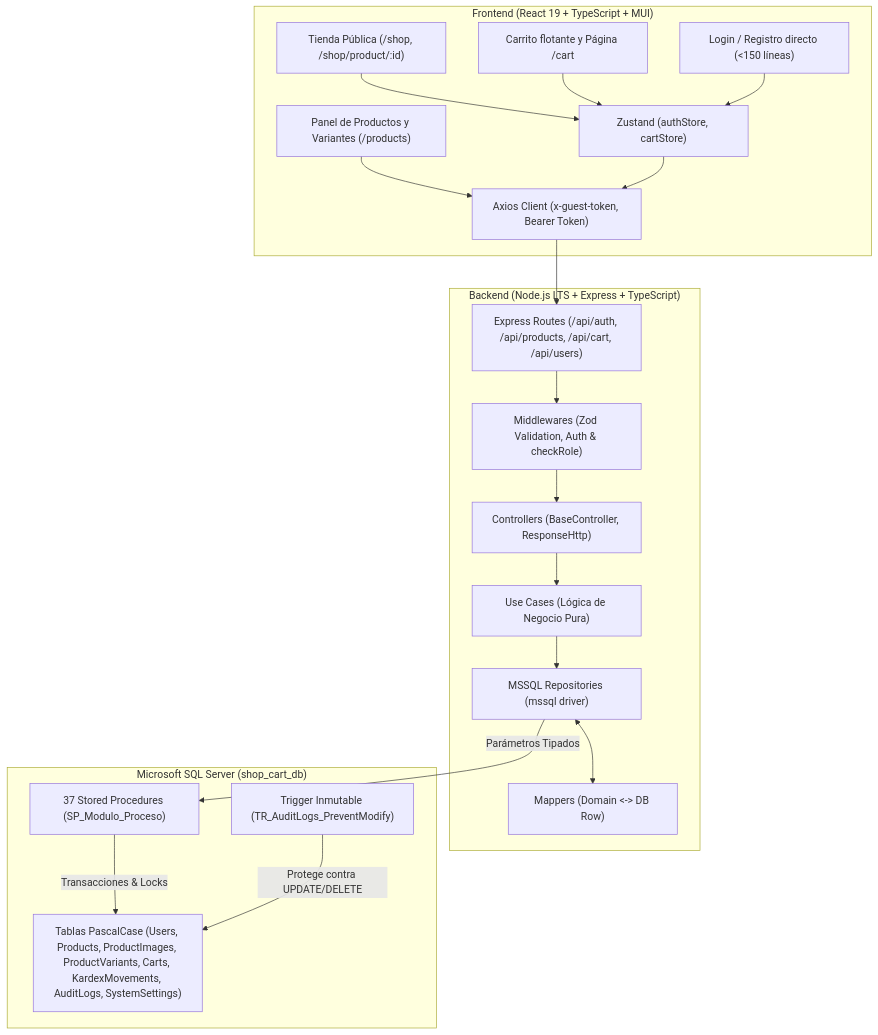
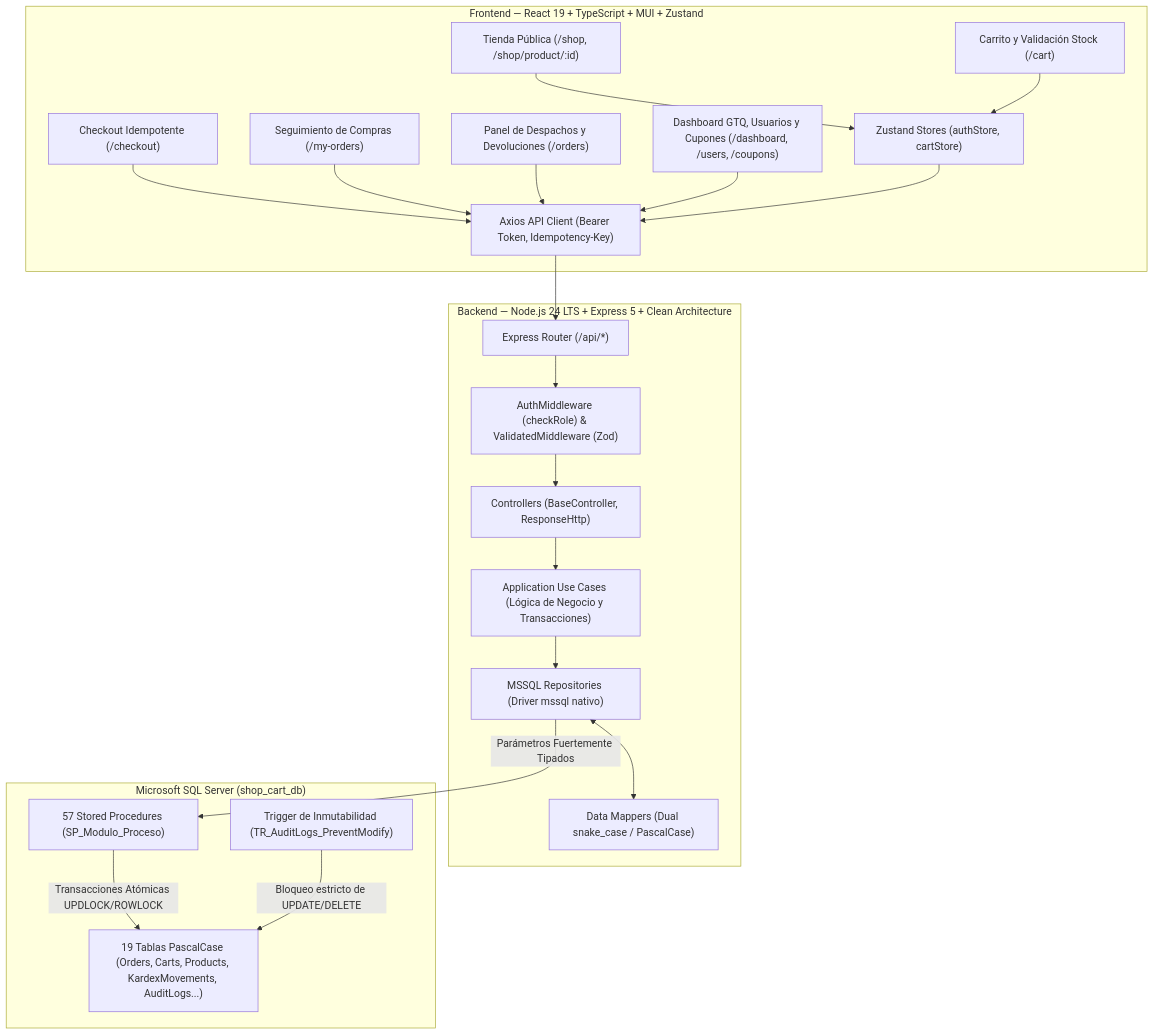
The first of 3 diagrams in README.md (KEVIN01306/shopCART), drawn with Mermaid before and after one commit. The commit also changed other lines of this file and 3 other files, not shown here.

Commit message:
docs,seed: complete documentation with DER and state diagrams, demo credentials for 3 roles, and unified seed script (Task-19)

````diff
--- a/README.md
+++ b/README.md
@@ -162,40 +181,44 @@
 ```mermaid
 flowchart TD
-    subgraph Frontend["Frontend (React 19 + TypeScript + MUI)"]
-        UI_Shop["Tienda Pública (/shop, /shop/product/:id)"]
-        UI_Cart["Carrito flotante y Página /cart"]
-        UI_Auth["Login / Registro directo (<150 líneas)"]
-        UI_Admin["Panel de Productos y Variantes (/products)"]
-        AxiosClient["Axios Client (x-guest-token, Bearer Token)"]
-        ZustandStores["Zustand (authStore, cartStore)"]
+    subgraph Frontend["Frontend — React 19 + TypeScript + MUI + Zustand"]
+        UI_Store["Tienda Pública (/shop, /shop/product/:id)"]
+        UI_Cart["Carrito y Validación Stock (/cart)"]
+        UI_Checkout["Checkout Idempotente (/checkout)"]
+        UI_MyOrders["Seguimiento de Compras (/my-orders)"]
+        UI_Operator["Panel de Despachos y Devoluciones (/orders)"]
+        UI_Admin["Dashboard GTQ, Usuarios y Cupones (/dashboard, /users, /coupons)"]
+        Stores["Zustand Stores (authStore, cartStore)"]
+        Axios["Axios API Client (Bearer Token, Idempotency-Key)"]
         
-        UI_Shop --> ZustandStores
-        UI_Cart --> ZustandStores
-        UI_Auth --> ZustandStores
-        UI_Admin --> AxiosClient
-        ZustandStores --> AxiosClient
+        UI_Store --> Stores
+        UI_Cart --> Stores
+        UI_Checkout --> Axios
+        UI_MyOrders --> Axios
+        UI_Operator --> Axios
+        UI_Admin --> Axios
+        Stores --> Axios
     end
 
-    subgraph Backend["Backend (Node.js LTS + Express + TypeScript)"]
-        Routes["Express Routes (/api/auth, /api/products, /api/cart, /api/users)"]
-        Middlewares["Middlewares (Zod Validation, Auth & checkRole)"]
+    subgraph Backend["Backend — Node.js 24 LTS + Express 5 + Clean Architecture"]
+        Router["Express Router (/api/*)"]
+        Middlewares["AuthMiddleware (checkRole) & ValidatedMiddleware (Zod)"]
         Controllers["Controllers (BaseController, ResponseHttp)"]
-        UseCases["Use Cases (Lógica de Negocio Pura)"]
-        Mappers["Mappers (Domain <-> DB Row)"]
-        MSSQL_Repo["MSSQL Repositories (mssql driver)"]
+        UseCases["Application Use Cases (Lógica de Negocio y Transacciones)"]
+        Repositories["MSSQL Repositories (Driver mssql nativo)"]
+        Mappers["Data Mappers (Dual snake_case / PascalCase)"]
         
-        AxiosClient --> Routes
-        Routes --> Middlewares --> Controllers --> UseCases --> MSSQL_Repo
-        MSSQL_Repo <--> Mappers
+        Axios --> Router
+        Router --> Middlewares --> Controllers --> UseCases --> Repositories
+        Repositories <--> Mappers
     end
 
-    subgraph Database["Microsoft SQL Server (shop_cart_db)"]
-        SPs["37 Stored Procedures (SP_Modulo_Proceso)"]
-        Triggers["Trigger Inmutable (TR_AuditLogs_PreventModify)"]
-        Tables["Tablas PascalCase (Users, Products, ProductImages, ProductVariants, Carts, KardexMovements, AuditLogs, SystemSettings)"]
+    subgraph DB["Microsoft SQL Server (shop_cart_db)"]
+        SPs["57 Stored Procedures (SP_Modulo_Proceso)"]
+        Triggers["Trigger de Inmutabilidad (TR_AuditLogs_PreventModify)"]
+        Tables["19 Tablas PascalCase (Orders, Carts, Products, KardexMovements, AuditLogs...)"]
         
-        MSSQL_Repo -->|Parámetros Tipados| SPs
-        SPs -->|Transacciones & Locks| Tables
-        Triggers -->|Protege contra UPDATE/DELETE| Tables
+        Repositories -->|Parámetros Fuertemente Tipados| SPs
+        SPs -->|Transacciones Atómicas UPDLOCK/ROWLOCK| Tables
+        Triggers -->|Bloqueo estricto de UPDATE/DELETE| Tables
     end
 ```
````
